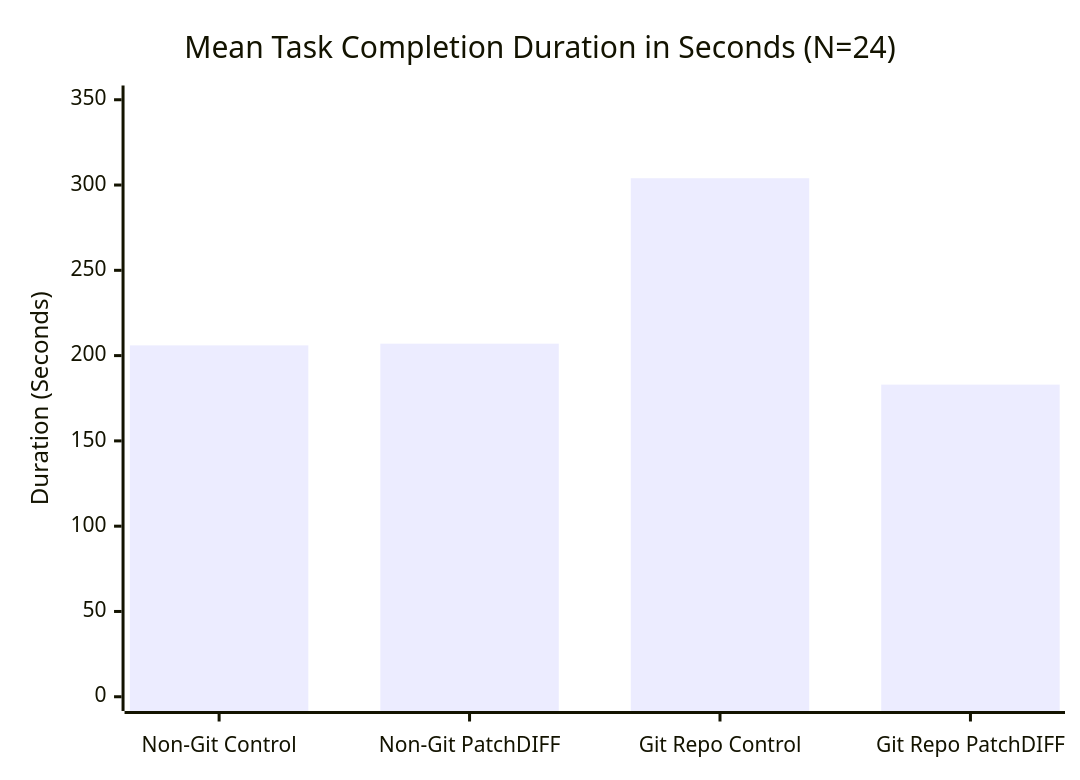
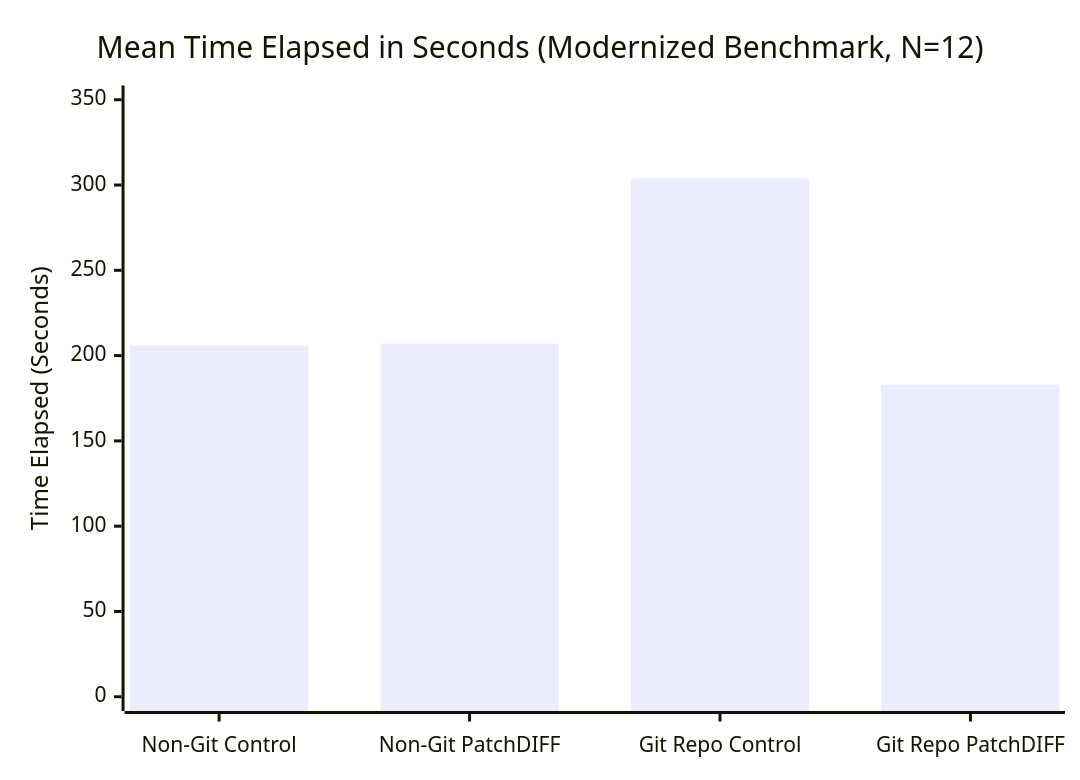
The diagram in README.md (paragon-ux/Patch-DIFF), drawn with Mermaid before and after one commit. The commit also changed other lines of this file and 6 other files, not shown here.

Commit message:
docs: standardize Time Elapsed metric and separate legacy benchmark report with prompt confounds

````diff
--- a/README.md
+++ b/README.md
@@ -20,7 +20,7 @@
 ```mermaid
 xychart-beta
-    title "Mean Task Completion Duration in Seconds (N=24)"
+    title "Mean Time Elapsed in Seconds (Modernized Benchmark, N=12)"
     x-axis ["Non-Git Control", "Non-Git PatchDIFF", "Git Repo Control", "Git Repo PatchDIFF"]
-    y-axis "Duration (Seconds)" 0 --> 350
+    y-axis "Time Elapsed (Seconds)" 0 --> 350
     bar [206, 207, 304, 183]
 ```
````
